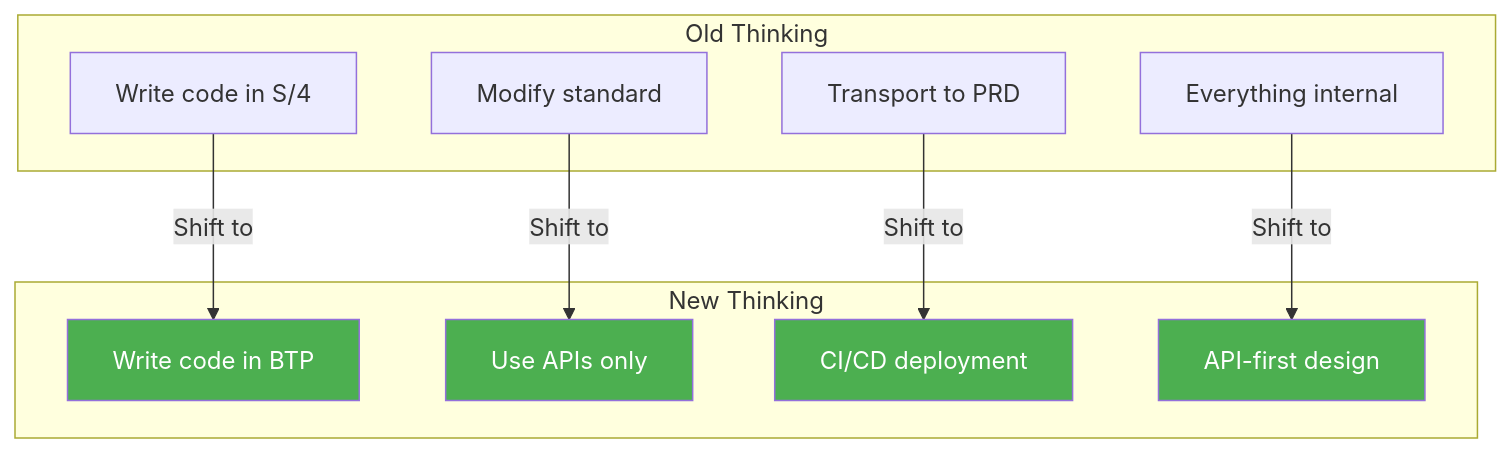
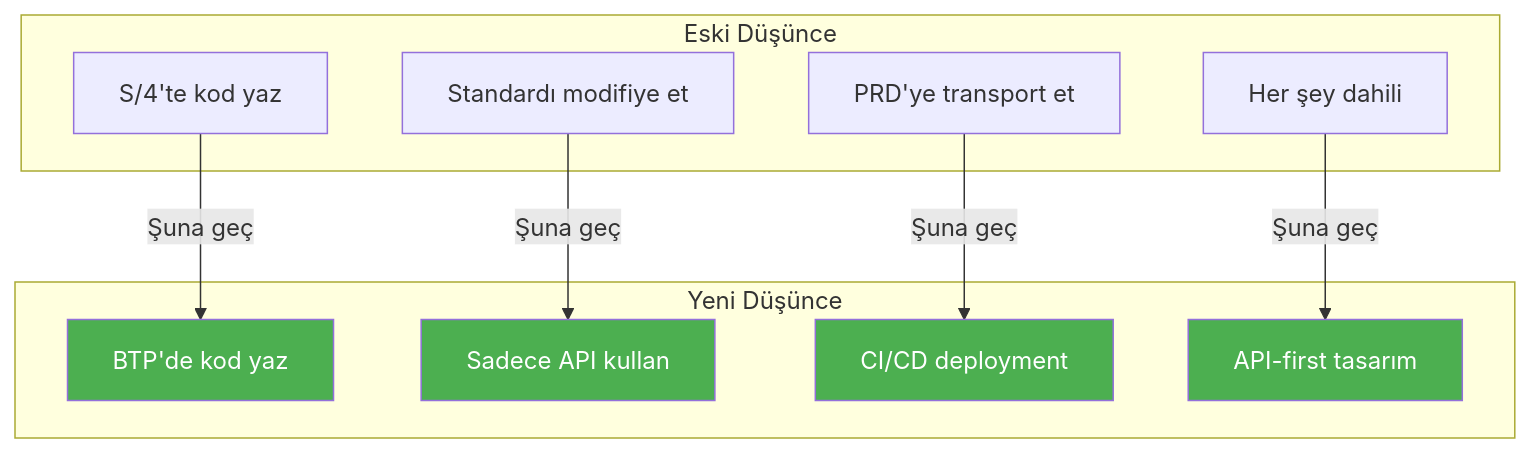
The third of 3 diagrams in Technical Tutorials/BTP/TR/chapters/appendix-b-glossary.md (beyhanmeyrali/sap-all), drawn with Mermaid before and after one commit. The commit also changed other lines of this file and 11 other files, not shown here.

````diff
--- a/Technical Tutorials/BTP/TR/chapters/appendix-b-glossary.md
+++ b/Technical Tutorials/BTP/TR/chapters/appendix-b-glossary.md
@@ -217,26 +217,26 @@
 ```mermaid
 graph TD
-    subgraph "Old Thinking"
-        OLD1[Write code in S/4]
-        OLD2[Modify standard]
-        OLD3[Transport to PRD]
-        OLD4[Everything internal]
+    subgraph "Eski Düşünce"
+        OLD1[S/4'te kod yaz]
+        OLD2[Standardı modifiye et]
+        OLD3[PRD'ye transport et]
+        OLD4[Her şey dahili]
     end
 
-    subgraph "New Thinking"
-        NEW1[Write code in BTP]
-        NEW2[Use APIs only]
+    subgraph "Yeni Düşünce"
+        NEW1[BTP'de kod yaz]
+        NEW2[Sadece API kullan]
         NEW3[CI/CD deployment]
-        NEW4[API-first design]
+        NEW4[API-first tasarım]
     end
 
-    OLD1 --> |"Shift to"| NEW1
-    OLD2 --> |"Shift to"| NEW2
-    OLD3 --> |"Shift to"| NEW3
-    OLD4 --> |"Shift to"| NEW4
+    OLD1 --> |"Şuna geç"| NEW1
+    OLD2 --> |"Şuna geç"| NEW2
+    OLD3 --> |"Şuna geç"| NEW3
+    OLD4 --> |"Şuna geç"| NEW4
 
     style NEW1 fill:#4CAF50,color:white
     style NEW2 fill:#4CAF50,color:white
     style NEW3 fill:#4CAF50,color:white
     style NEW4 fill:#4CAF50,color:white
 ```
````
